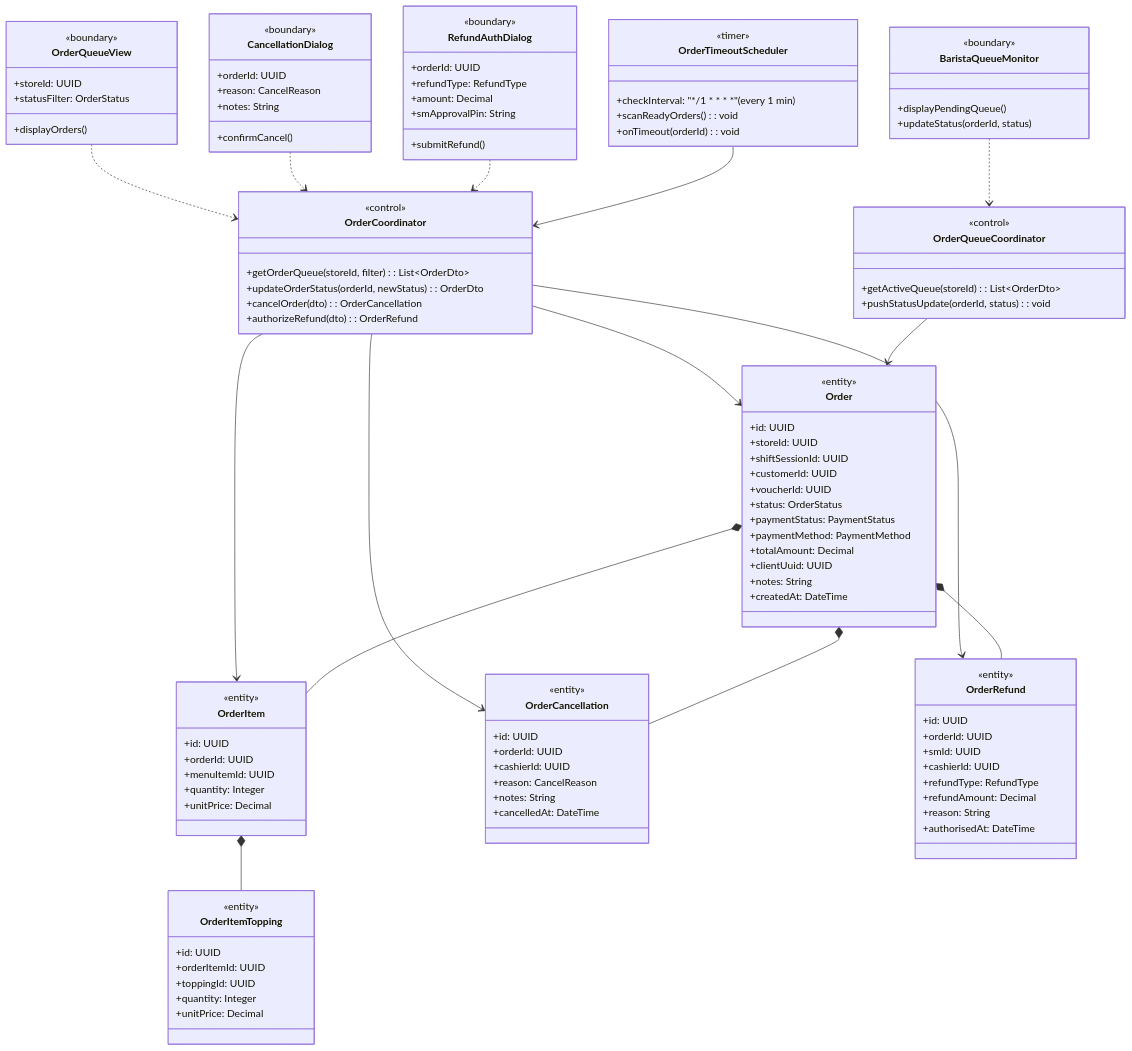
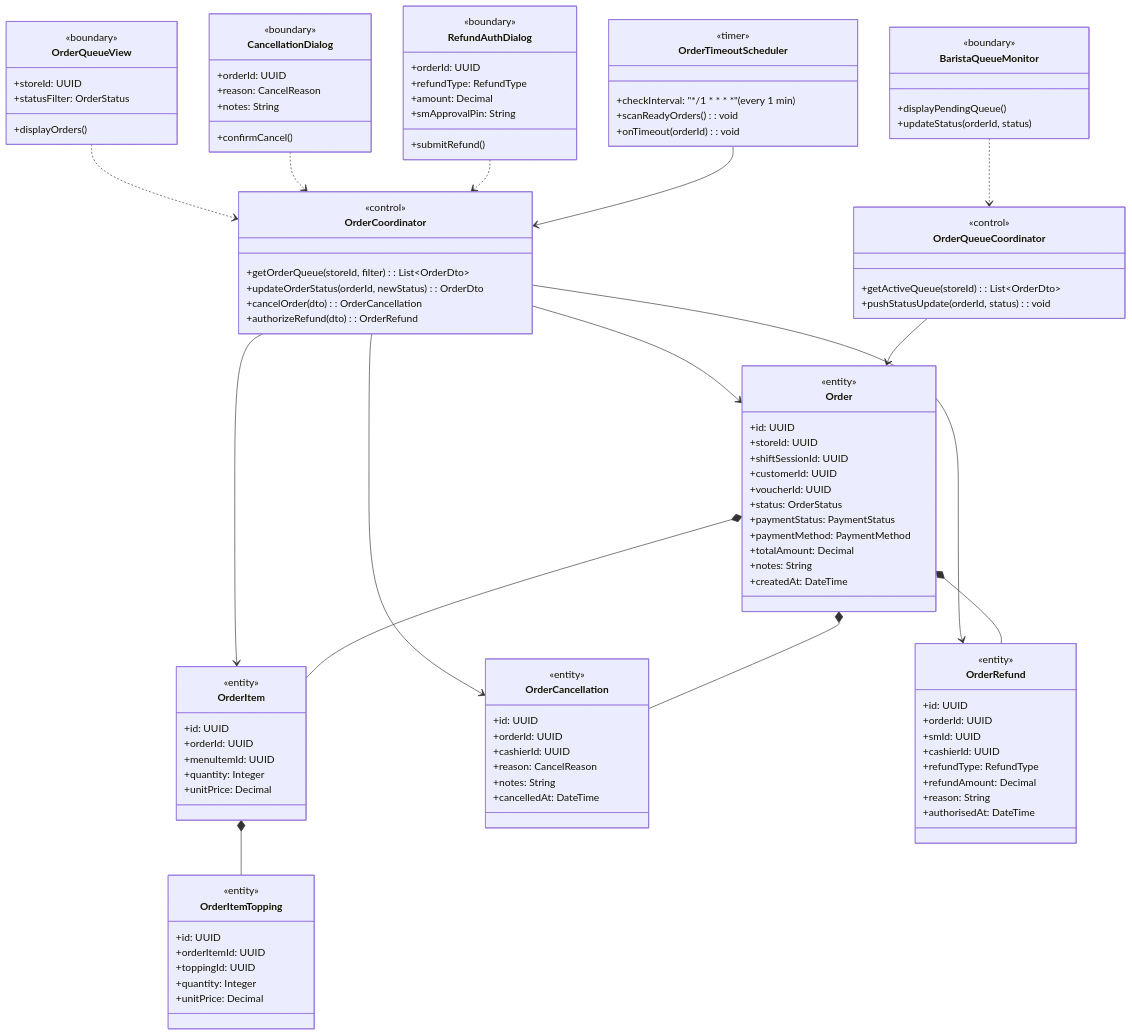
The first of 5 diagrams in rds_sections/11_detailed_3_8_order_management.md (Shaichi/Khoga_coffe_shop), drawn with Mermaid before and after one commit. The commit also changed 7 other files, not shown here.

Commit message:
docs: sync RDS database and diagrams with SRS and fix inventory deduction logic

```diff
--- a/rds_sections/11_detailed_3_8_order_management.md
+++ b/rds_sections/11_detailed_3_8_order_management.md
@@ -63,7 +63,6 @@
         +paymentStatus: PaymentStatus
         +paymentMethod: PaymentMethod
         +totalAmount: Decimal
-        +clientUuid: UUID
         +notes: String
         +createdAt: DateTime
     }
```
